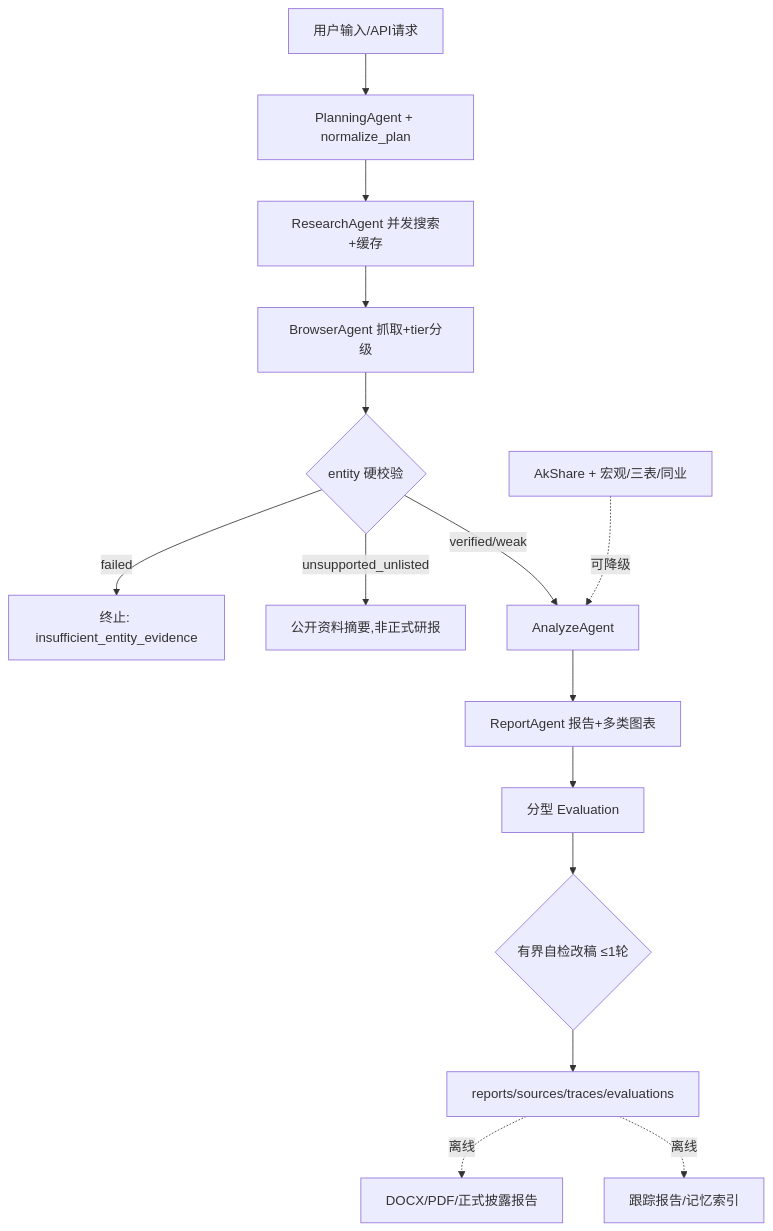
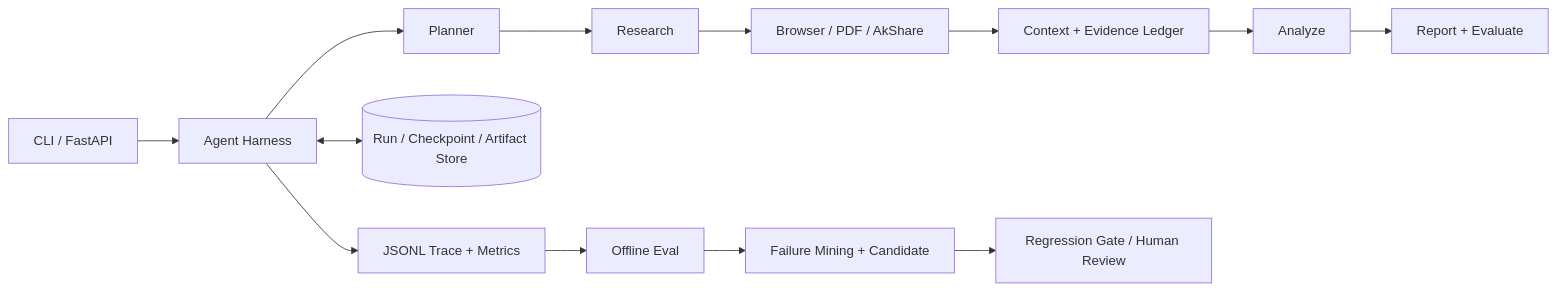
The diagram in README.md (Micky0715/financial_research_agent-v1), drawn with Mermaid before and after one commit. The commit also changed other lines of this file and 268 other files, not shown here.

````diff
--- a/README.md
+++ b/README.md
@@ -21,17 +15,15 @@
 ```mermaid
-flowchart TD
-    U[用户输入/API请求] --> PA[PlanningAgent + normalize_plan]
-    PA --> RA[ResearchAgent 并发搜索+缓存]
-    RA --> BA[BrowserAgent 抓取+tier分级]
-    BA --> EV{entity 硬校验}
-    EV -- failed --> ABORT[终止: insufficient_entity_evidence]
-    EV -- unsupported_unlisted --> SUMMARY[公开资料摘要,非正式研报]
-    EV -- verified/weak --> AA[AnalyzeAgent]
-    AK[AkShare + 宏观/三表/同业] -.可降级.-> AA
-    AA --> RPA[ReportAgent 报告+多类图表]
-    RPA --> QE[分型 Evaluation]
-    QE --> REV{有界自检改稿 ≤1轮}
-    REV --> OUT[reports/sources/traces/evaluations]
-    OUT -.离线.-> EXP[DOCX/PDF/正式披露报告]
-    OUT -.离线.-> TRK[跟踪报告/记忆索引]
+flowchart LR
+    A[CLI / FastAPI] --> H[Agent Harness]
+    H --> P[Planner]
+    P --> R[Research]
+    R --> B[Browser / PDF / AkShare]
+    B --> C[Context + Evidence Ledger]
+    C --> N[Analyze]
+    N --> G[Report + Evaluate]
+    H <--> S[(Run / Checkpoint / Artifact Store)]
+    H --> T[JSONL Trace + Metrics]
+    T --> E[Offline Eval]
+    E --> O[Failure Mining + Candidate]
+    O --> Q[Regression Gate / Human Review]
 ```
````
